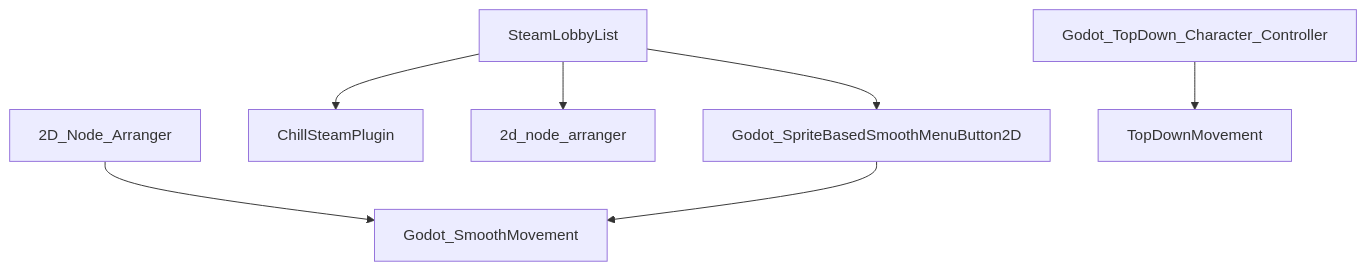
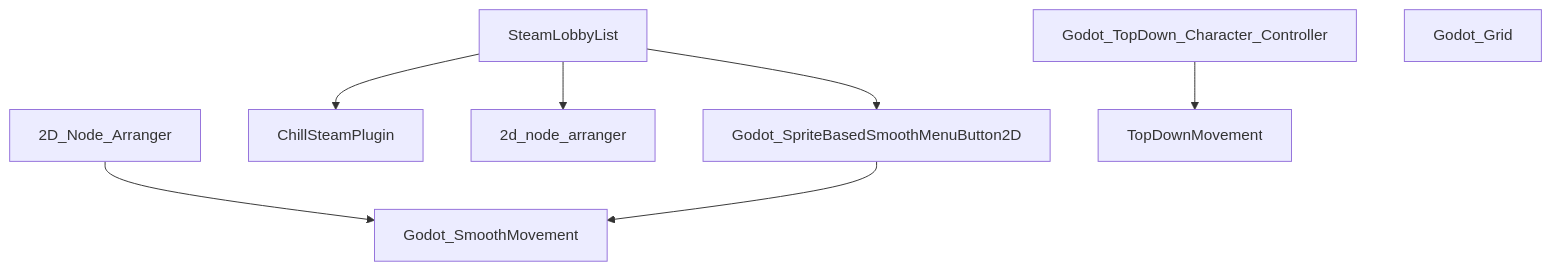
Before and after one commit to ChillCube/.github: the diagram in ADDONS.md, drawn with Mermaid. The commit also changed other lines of this file, not shown here.

Commit message:
registry: update dependency tree

````diff
--- a/ADDONS.md
+++ b/ADDONS.md
@@ -61,25 +62,27 @@
 ```mermaid
 flowchart TD
     n_2D_Node_Arranger["2D_Node_Arranger"]
     ChillSteamPlugin["ChillSteamPlugin"]
     Godot_TopDown_Character_Controller["Godot_TopDown_Character_Controller"]
     n_2d_node_arranger["2d_node_arranger"]
     Godot_SpriteBasedSmoothMenuButton2D["Godot_SpriteBasedSmoothMenuButton2D"]
     SteamLobbyList["SteamLobbyList"]
     TopDownMovement["TopDownMovement"]
+    Godot_Grid["Godot_Grid"]
     Godot_SmoothMovement["Godot_SmoothMovement"]
     n_2D_Node_Arranger --> Godot_SmoothMovement
     Godot_SpriteBasedSmoothMenuButton2D --> Godot_SmoothMovement
     Godot_TopDown_Character_Controller --> TopDownMovement
     SteamLobbyList --> ChillSteamPlugin
     SteamLobbyList --> n_2d_node_arranger
     SteamLobbyList --> Godot_SpriteBasedSmoothMenuButton2D
     click n_2D_Node_Arranger href "https://github.com/ChillCube/2d_node_arranger" _blank
     click ChillSteamPlugin href "https://github.com/ChillCube/ChillSteamPlugin" _blank
     click Godot_TopDown_Character_Controller href "https://github.com/ChillCube/Godot_TopDown_Character_Controller" _blank
     click n_2d_node_arranger href "https://github.com/ChillCube/2d_node_arranger" _blank
     click Godot_SpriteBasedSmoothMenuButton2D href "https://github.com/ChillCube/Godot_SpriteBasedSmoothMenuButton2D" _blank
     click SteamLobbyList href "https://github.com/ChillCube/SteamLobbyList" _blank
     click TopDownMovement href "https://github.com/ChillCube/TopDownMovement" _blank
+    click Godot_Grid href "https://github.com/ChillCube/Godot_Grid" _blank
     click Godot_SmoothMovement href "https://github.com/ChillCube/Godot_SmoothMovement" _blank
 ```
````
